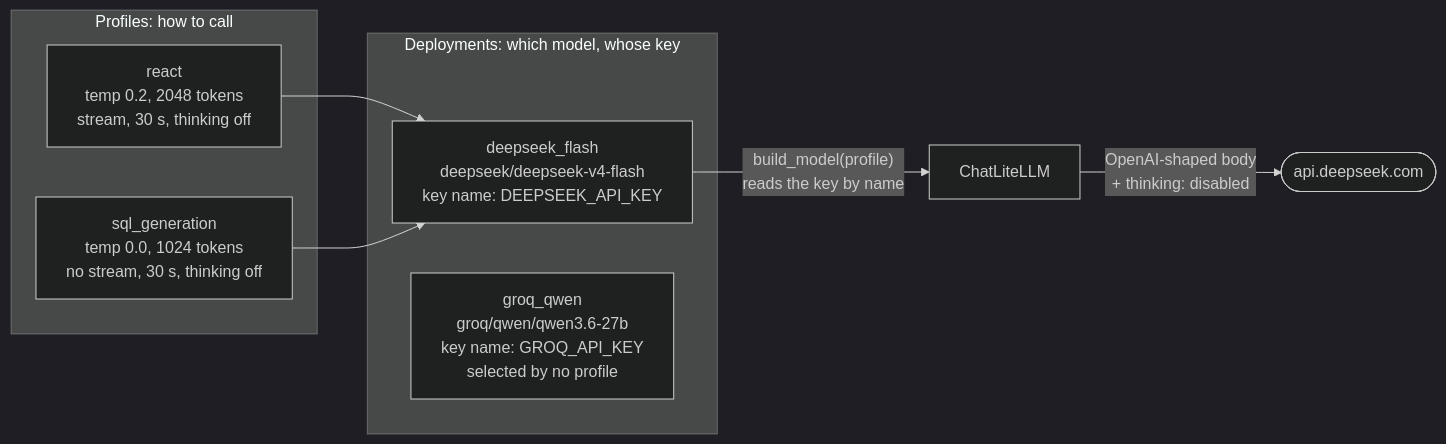
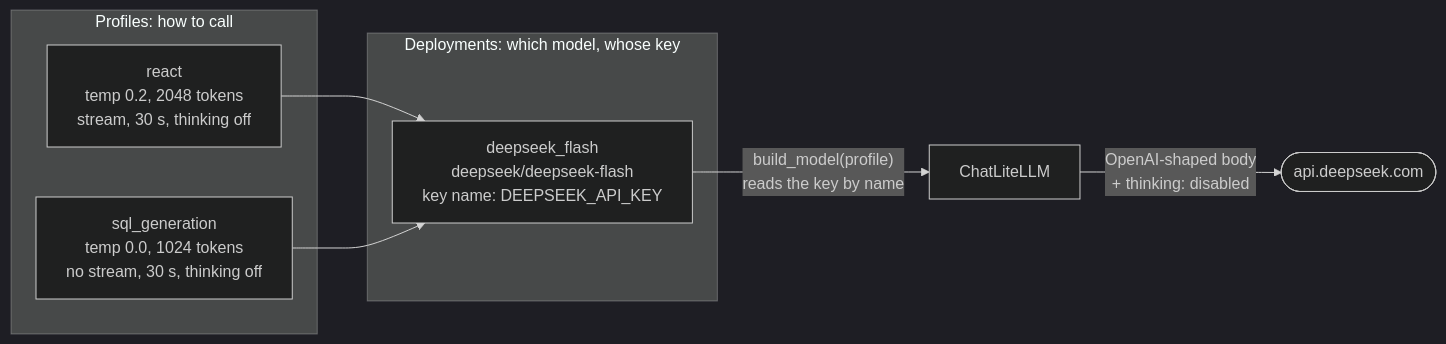
Before and after one commit to Park-Hip/InternHunterAgent: the diagram in docs/modules/model-config.md, drawn with Mermaid (dark theme). The commit also changed other lines of this file and 12 other files, not shown here.

First line of the commit message:
refactor(config): remove the unused groq_qwen serving deployment (#655)

````diff
--- a/docs/modules/model-config.md
+++ b/docs/modules/model-config.md
@@ -50,16 +49,15 @@
 ```mermaid
 %%{init: {"flowchart": {"wrappingWidth": 280}}}%%
 flowchart LR
     subgraph PROFILES["Profiles: how to call"]
         R["react<br/>temp 0.2, 2048 tokens<br/>stream, 30 s, thinking off"]
         S["sql_generation<br/>temp 0.0, 1024 tokens<br/>no stream, 30 s, thinking off"]
     end
     subgraph DEPLOYMENTS["Deployments: which model, whose key"]
-        D["deepseek_flash<br/>deepseek/deepseek-v4-flash<br/>key name: DEEPSEEK_API_KEY"]
-        G["groq_qwen<br/>groq/qwen/qwen3.6-27b<br/>key name: GROQ_API_KEY<br/>selected by no profile"]
+        D["deepseek_flash<br/>deepseek/deepseek-flash<br/>key name: DEEPSEEK_API_KEY"]
     end
     R --> D
     S --> D
     D -->|"build_model(profile)<br/>reads the key by name"| C["ChatLiteLLM"]
     C -->|"OpenAI-shaped body<br/>+ thinking: disabled"| API(["api.deepseek.com"])
 ```
````
